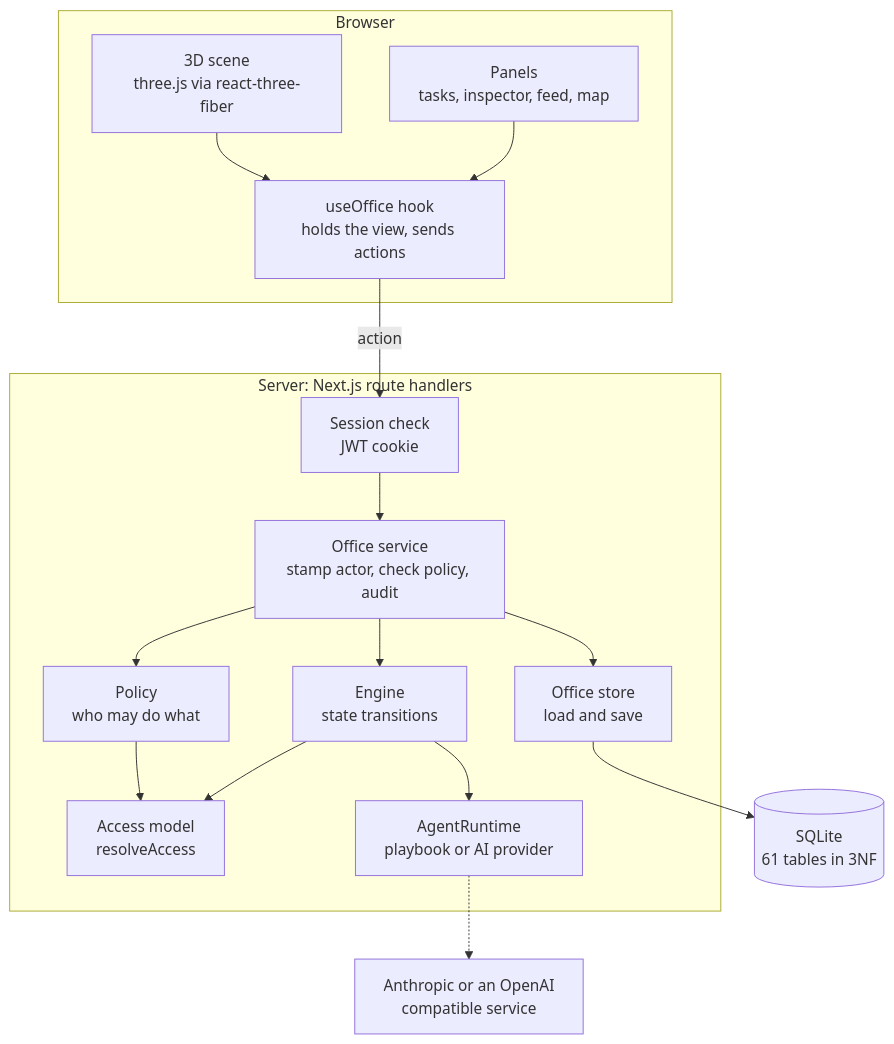
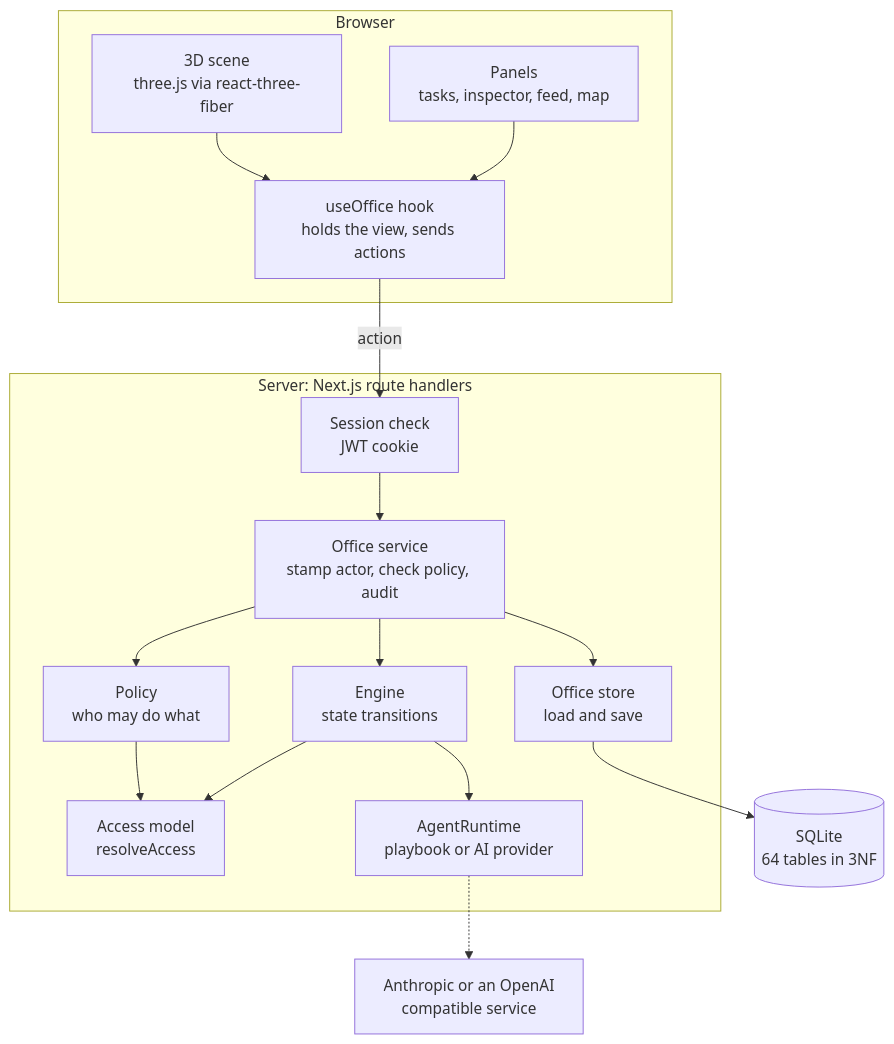
Before and after one commit to seyitgkc/ai-virtual-office: the first of 16 diagrams in README.md, drawn with Mermaid. The commit also changed other lines of this file, not shown here.

````diff
--- a/README.md
+++ b/README.md
@@ -608,34 +637,34 @@
 ```mermaid
 flowchart TB
   subgraph Browser
     scene["3D scene<br/>three.js via react-three-fiber"]
     panels["Panels<br/>tasks, inspector, feed, map"]
     hook["useOffice hook<br/>holds the view, sends actions"]
     scene --> hook
     panels --> hook
   end
 
   subgraph Server["Server: Next.js route handlers"]
     http["Session check<br/>JWT cookie"]
     service["Office service<br/>stamp actor, check policy, audit"]
     policy["Policy<br/>who may do what"]
     engine["Engine<br/>state transitions"]
     access["Access model<br/>resolveAccess"]
     runtime["AgentRuntime<br/>playbook or AI provider"]
     store["Office store<br/>load and save"]
   end
 
-  db[("SQLite<br/>61 tables in 3NF")]
+  db[("SQLite<br/>64 tables in 3NF")]
   llm["Anthropic or an OpenAI<br/>compatible service"]
 
   hook -->|"action"| http
   http --> service
   service --> policy
   service --> engine
   policy --> access
   engine --> access
   engine --> runtime
   runtime -.-> llm
   service --> store
   store --> db
 ```
````
